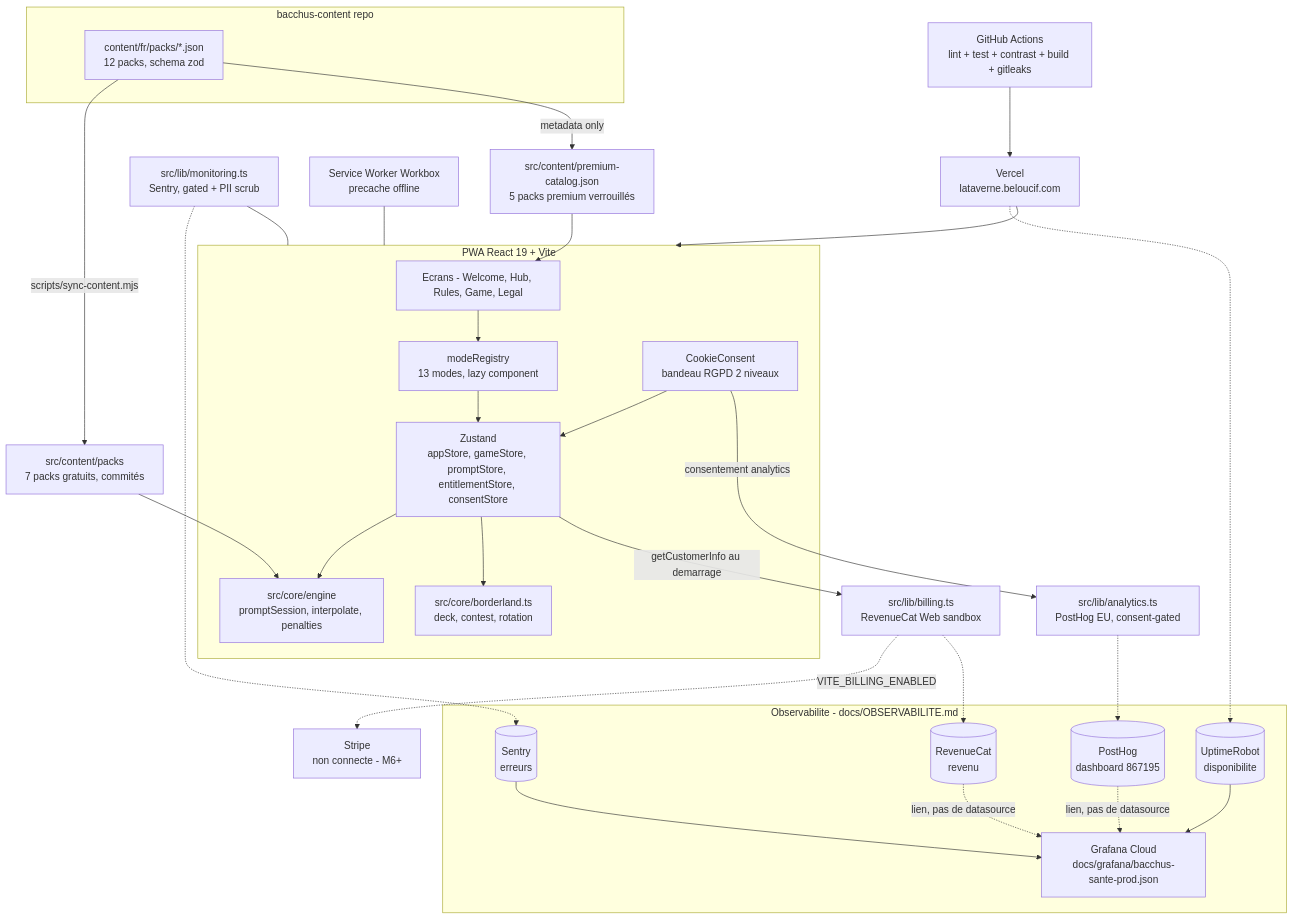
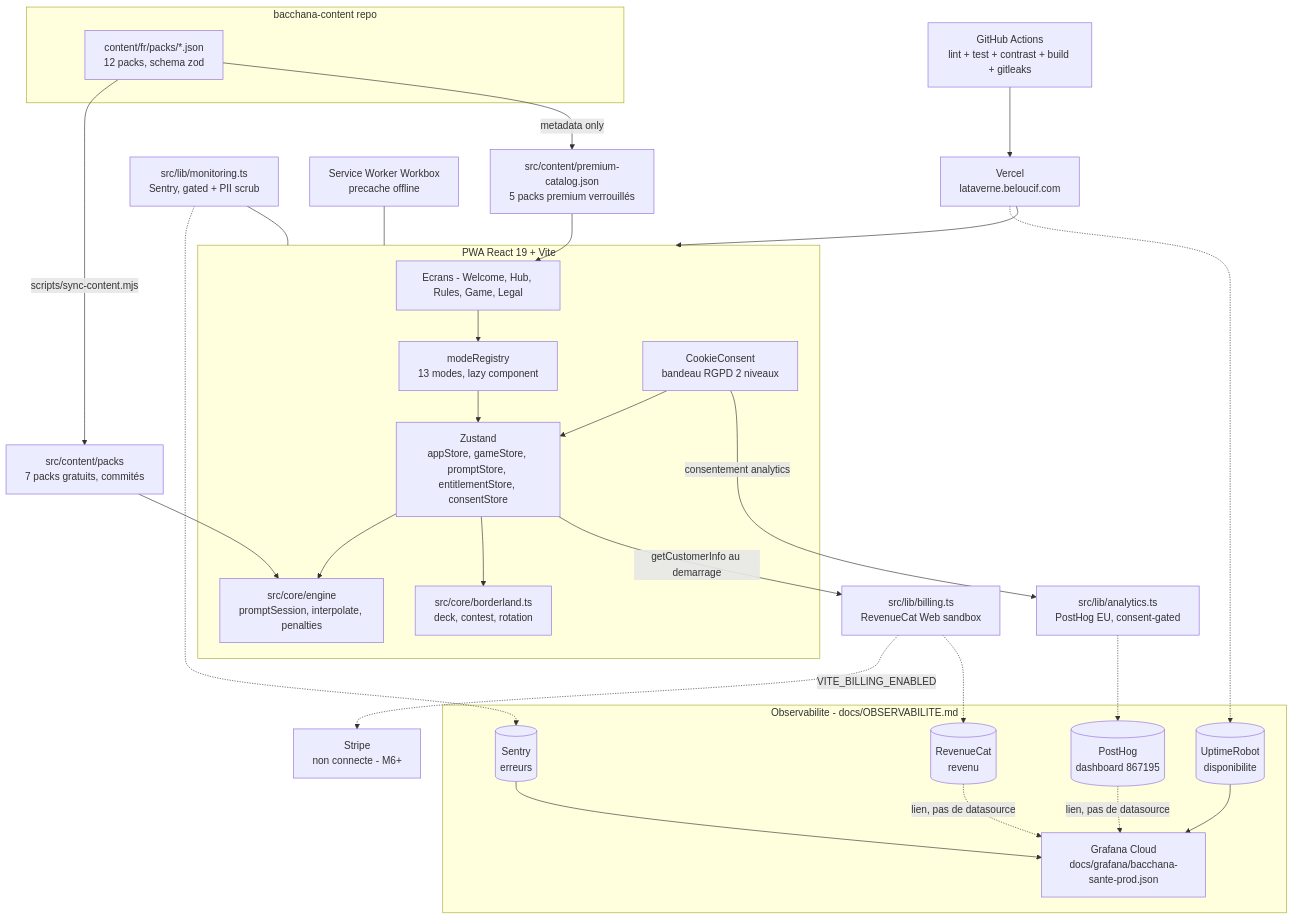
The diagram in README.md (Adam-Blf/bacchana), drawn with Mermaid before and after one commit. The commit also changed other lines of this file and 164 other files, not shown here.

````diff
--- a/README.md
+++ b/README.md
@@ -145,47 +145,47 @@
 ```mermaid
 flowchart TD
-    subgraph Content [bacchus-content repo]
+    subgraph Content [bacchana-content repo]
         Packs[content/fr/packs/*.json\n12 packs, schema zod]
     end
     Packs -->|scripts/sync-content.mjs| Free[src/content/packs\n7 packs gratuits, commités]
     Packs -->|metadata only| Catalog[src/content/premium-catalog.json\n5 packs premium verrouillés]
 
     subgraph Client [PWA React 19 + Vite]
         UI[Ecrans - Welcome, Hub, Rules, Game, Legal]
         Registry[modeRegistry\n13 modes, lazy component]
         Engine[src/core/engine\npromptSession, interpolate, penalties]
         Core[src/core/borderland.ts\ndeck, contest, rotation]
         Stores[Zustand\nappStore, gameStore, promptStore, entitlementStore, consentStore]
         Cookie[CookieConsent\nbandeau RGPD 2 niveaux]
         UI --> Registry --> Stores
         Stores --> Engine
         Stores --> Core
         Cookie --> Stores
     end
 
     Free --> Engine
     Catalog --> UI
     Cookie -->|consentement analytics| Analytics[src/lib/analytics.ts\nPostHog EU, consent-gated]
     Stores -->|getCustomerInfo au demarrage| Billing[src/lib/billing.ts\nRevenueCat Web sandbox]
     Billing -.->|VITE_BILLING_ENABLED| Stripe[Stripe\nnon connecte - M6+]
     Monitor[src/lib/monitoring.ts\nSentry, gated + PII scrub] --- Client
     SW[Service Worker Workbox\nprecache offline] --- Client
     Vercel[Vercel\nlataverne.beloucif.com] --> Client
     CI[GitHub Actions\nlint + test + contrast + build + gitleaks] --> Vercel
 
     subgraph Observability [Observabilite - docs/OBSERVABILITE.md]
         Sentry[(Sentry\nerreurs)]
         PH[(PostHog\ndashboard 867195)]
         UR[(UptimeRobot\ndisponibilite)]
         RC[(RevenueCat\nrevenu)]
-        Grafana[Grafana Cloud\ndocs/grafana/bacchus-sante-prod.json]
+        Grafana[Grafana Cloud\ndocs/grafana/bacchana-sante-prod.json]
         Sentry --> Grafana
         UR --> Grafana
         PH -.->|lien, pas de datasource| Grafana
         RC -.->|lien, pas de datasource| Grafana
     end
     Monitor -.-> Sentry
     Analytics -.-> PH
     Vercel -.-> UR
     Billing -.-> RC
 ```
````
